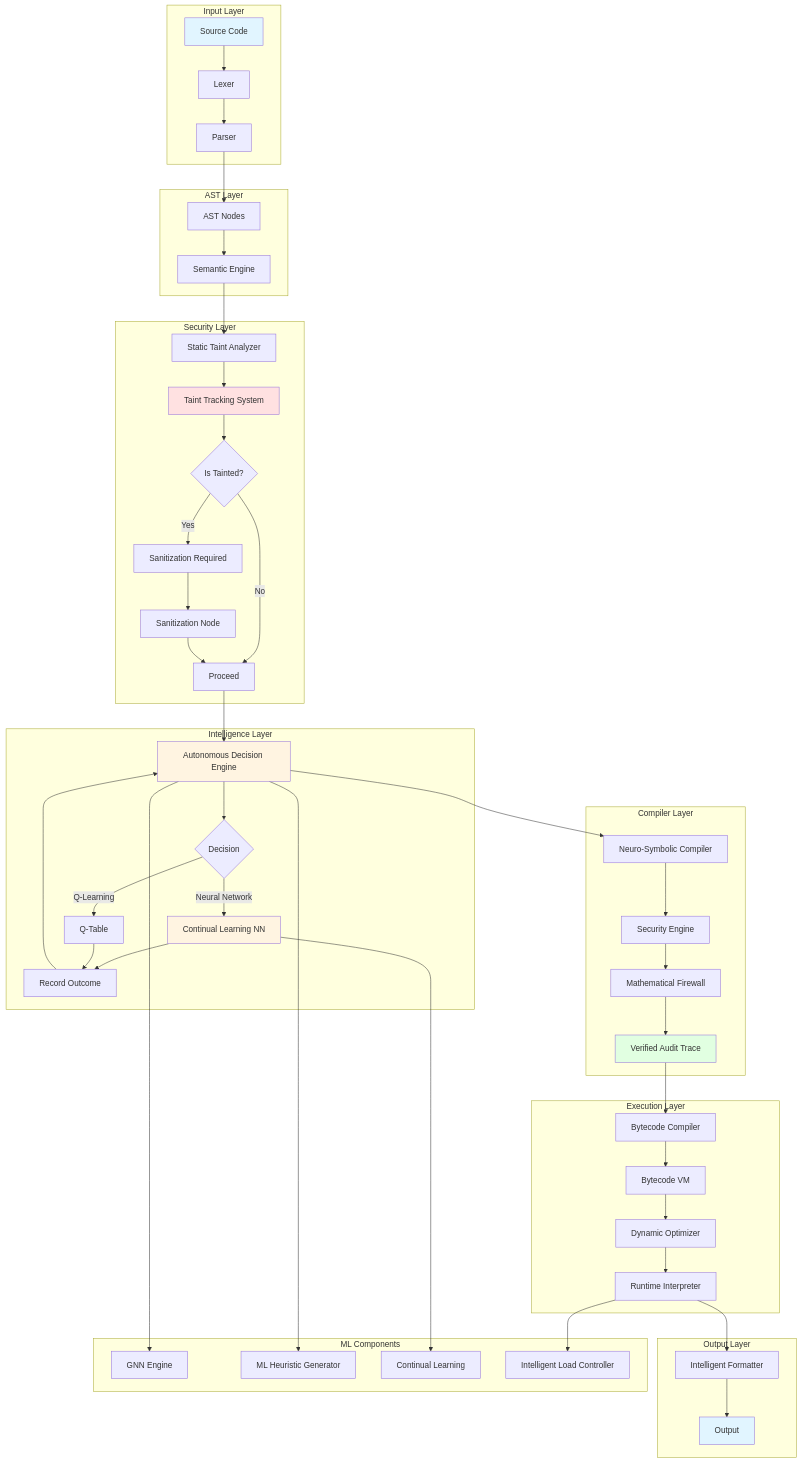
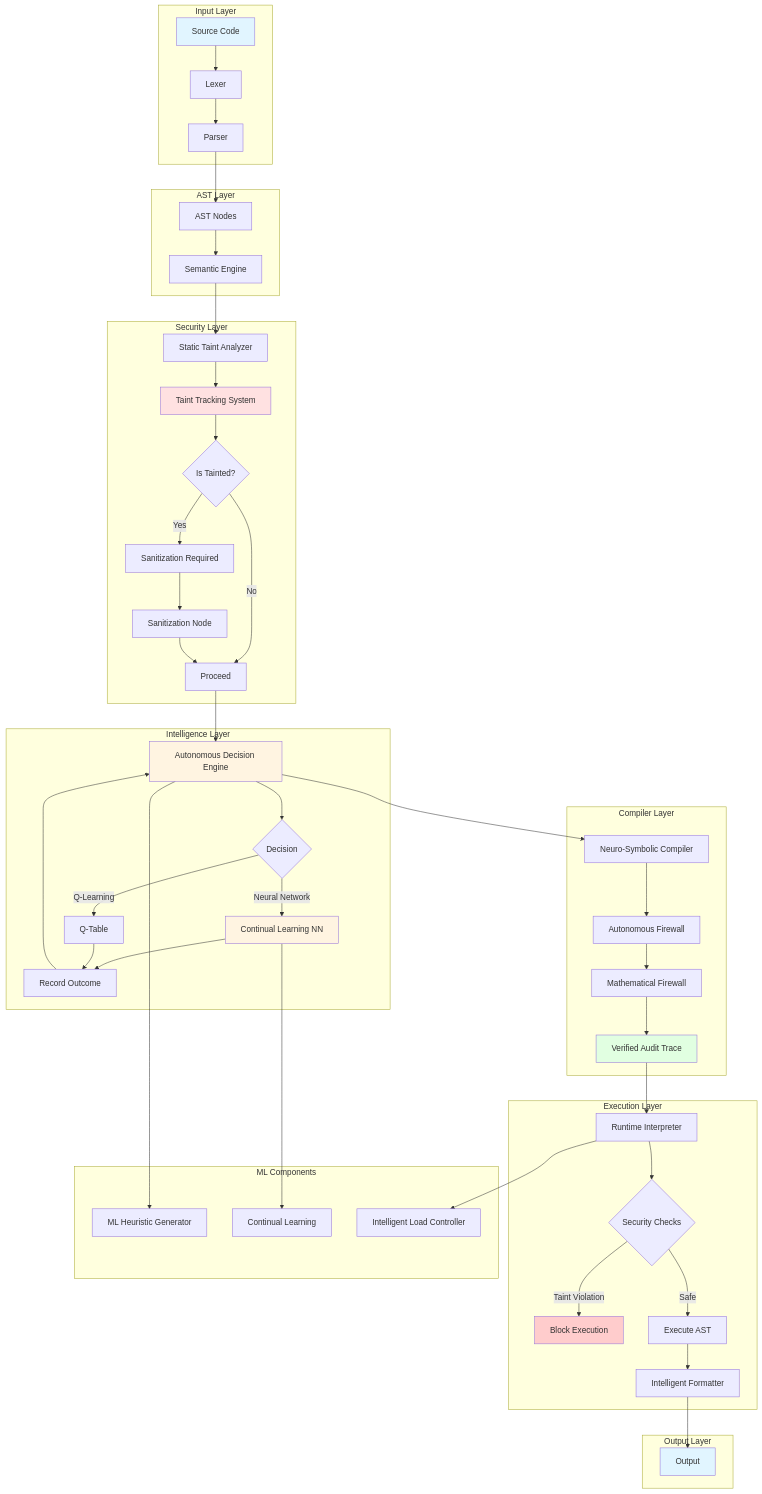
The first of 2 diagrams in README.md (Ashed2127/ipl), drawn with Mermaid before and after one commit.

Commit message:
Auto-commit: 2026-10-03 03:44:28
Generated with [Devin](https://devin.ai)

````diff
--- a/README.md
+++ b/README.md
@@ -164,70 +164,69 @@
 ```mermaid
 graph TB
     subgraph "Input Layer"
         A[Source Code] --> B[Lexer]
         B --> C[Parser]
     end
 
     subgraph "AST Layer"
         C --> D[AST Nodes]
         D --> E[Semantic Engine]
     end
 
     subgraph "Security Layer"
         E --> F[Static Taint Analyzer]
         F --> G[Taint Tracking System]
         G --> H{Is Tainted?}
         H -->|Yes| I[Sanitization Required]
         H -->|No| J[Proceed]
         I --> K[Sanitization Node]
         K --> J
     end
 
     subgraph "Intelligence Layer"
         J --> L[Autonomous Decision Engine]
         L --> M{Decision}
         M -->|Neural Network| N[Continual Learning NN]
         M -->|Q-Learning| O[Q-Table]
         N --> P[Record Outcome]
         O --> P
         P --> L
     end
 
     subgraph "Compiler Layer"
         L --> Q[Neuro-Symbolic Compiler]
-        Q --> R[Security Engine]
+        Q --> R[Autonomous Firewall]
         R --> S[Mathematical Firewall]
         S --> T[Verified Audit Trace]
     end
 
     subgraph "Execution Layer"
-        T --> U[Bytecode Compiler]
-        U --> V[Bytecode VM]
-        V --> W[Dynamic Optimizer]
-        W --> X[Runtime Interpreter]
+        T --> X[Runtime Interpreter]
+        X --> Y{Security Checks}
+        Y -->|Taint Violation| Z[Block Execution]
+        Y -->|Safe| AA[Execute AST]
+        AA --> BB[Intelligent Formatter]
     end
 
     subgraph "Output Layer"
-        X --> Y[Intelligent Formatter]
-        Y --> Z[Output]
+        BB --> CC[Output]
     end
 
     subgraph "ML Components"
-        AA[GNN Engine]
-        AB[ML Heuristic Generator]
-        AC[Continual Learning]
-        AD[Intelligent Load Controller]
+        DD[ML Heuristic Generator]
+        EE[Continual Learning]
+        FF[Intelligent Load Controller]
     end
 
-    L --> AA
-    L --> AB
-    N --> AC
-    X --> AD
+    L --> DD
+    N --> EE
+    X --> FF
 
     style A fill:#e1f5ff
-    style Z fill:#e1f5ff
+    style CC fill:#e1f5ff
     style L fill:#fff4e1
     style N fill:#fff4e1
     style G fill:#ffe1e1
     style T fill:#e1ffe1
+    style Z fill:#ffcccc
 ```
````
